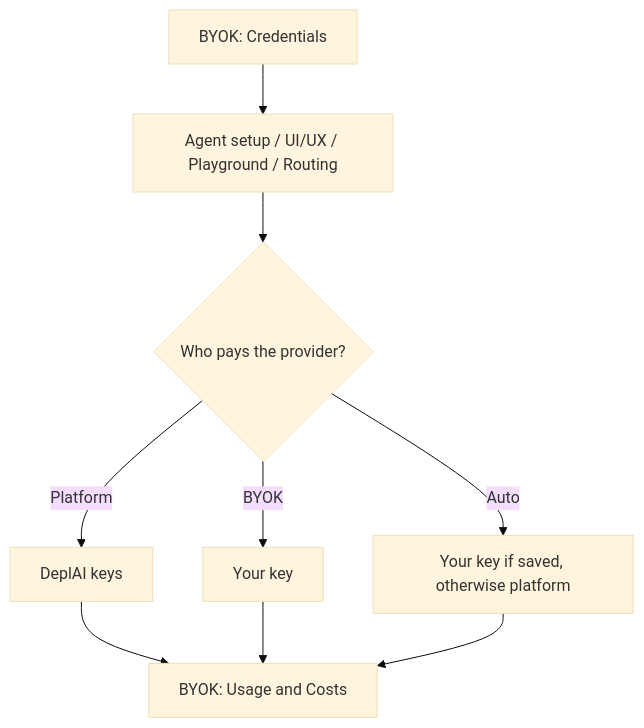
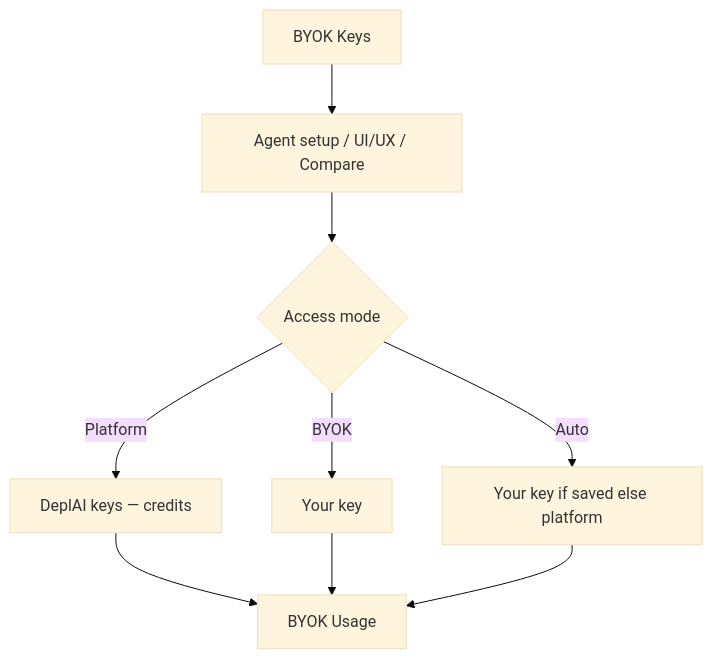
The diagram in docs/guide/security-and-data.md (adityajayashankar/Deplai), drawn with Mermaid (base theme) before and after one commit. The commit also changed other lines of this file and 20 other files, not shown here.

````diff
--- a/docs/guide/security-and-data.md
+++ b/docs/guide/security-and-data.md
@@ -54,11 +58,11 @@
 ```mermaid
 flowchart TD
-  C[BYOK: Credentials] --> P[Agent setup / UI/UX / Playground / Routing]
-  P --> M{Who pays the provider?}
-  M -->|Platform| Plat[DeplAI keys]
+  K[BYOK Keys] --> P[Agent setup / UI/UX / Compare]
+  P --> M{Access mode}
+  M -->|Platform| Plat[DeplAI keys — credits]
   M -->|BYOK| Key[Your key]
-  M -->|Auto| Auto[Your key if saved, otherwise platform]
-  Plat --> U[BYOK: Usage and Costs]
+  M -->|Auto| Auto[Your key if saved else platform]
+  Plat --> U[BYOK Usage]
   Key --> U
   Auto --> U
 ```
````
